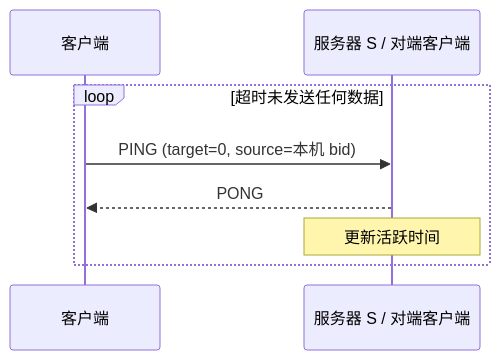
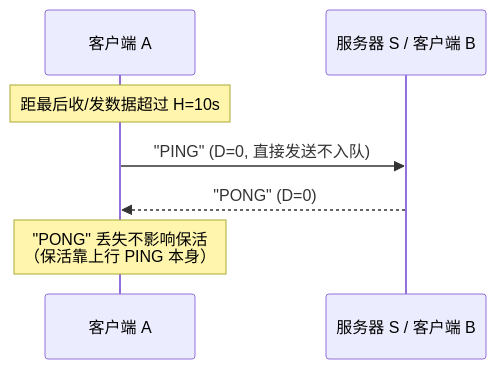
The fifth of 5 diagrams in docs/workflow.md (moky/magpie), drawn with Mermaid before and after one commit. The commit also changed other lines of this file and 11 other files, not shown here.

````diff
--- a/docs/workflow.md
+++ b/docs/workflow.md
@@ -176,11 +202,10 @@
 ```mermaid
 sequenceDiagram
-    participant C as 客户端
-    participant S as 服务器 S / 对端客户端
+    participant A as 客户端 A
+    participant B as 服务器 S / 客户端 B
 
-    loop 超时未发送任何数据
-        C->>S: PING (target=0, source=本机 bid)
-        S-->>C: PONG
-        Note over S: 更新活跃时间
-    end
+    Note over A: 距最后收/发数据超过 H=10s
+    A->>B: "PING" (D=0, 直接发送不入队)
+    B-->>A: "PONG" (D=0)
+    Note over A: "PONG" 丢失不影响保活<br/>（保活靠上行 PING 本身）
 ```
````
